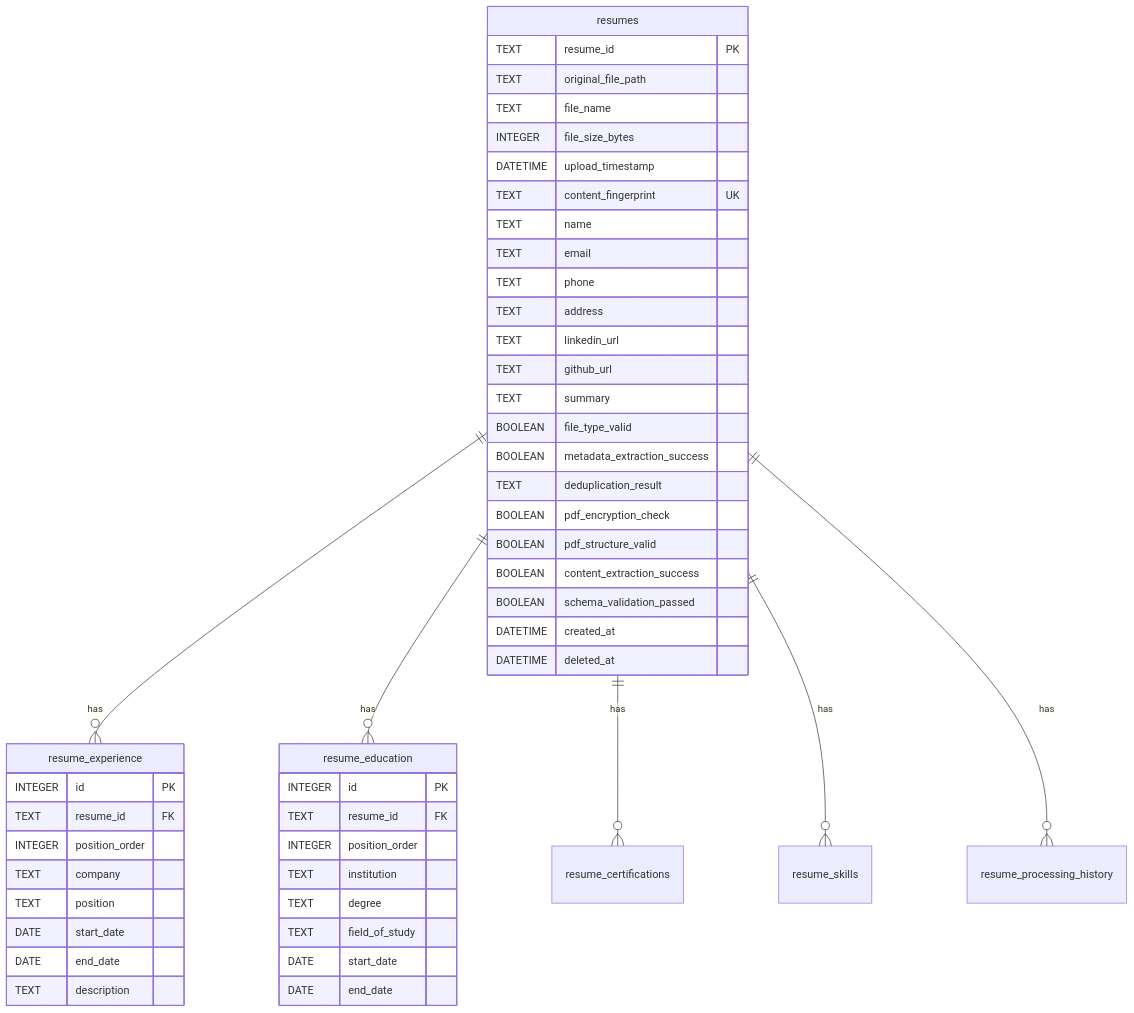
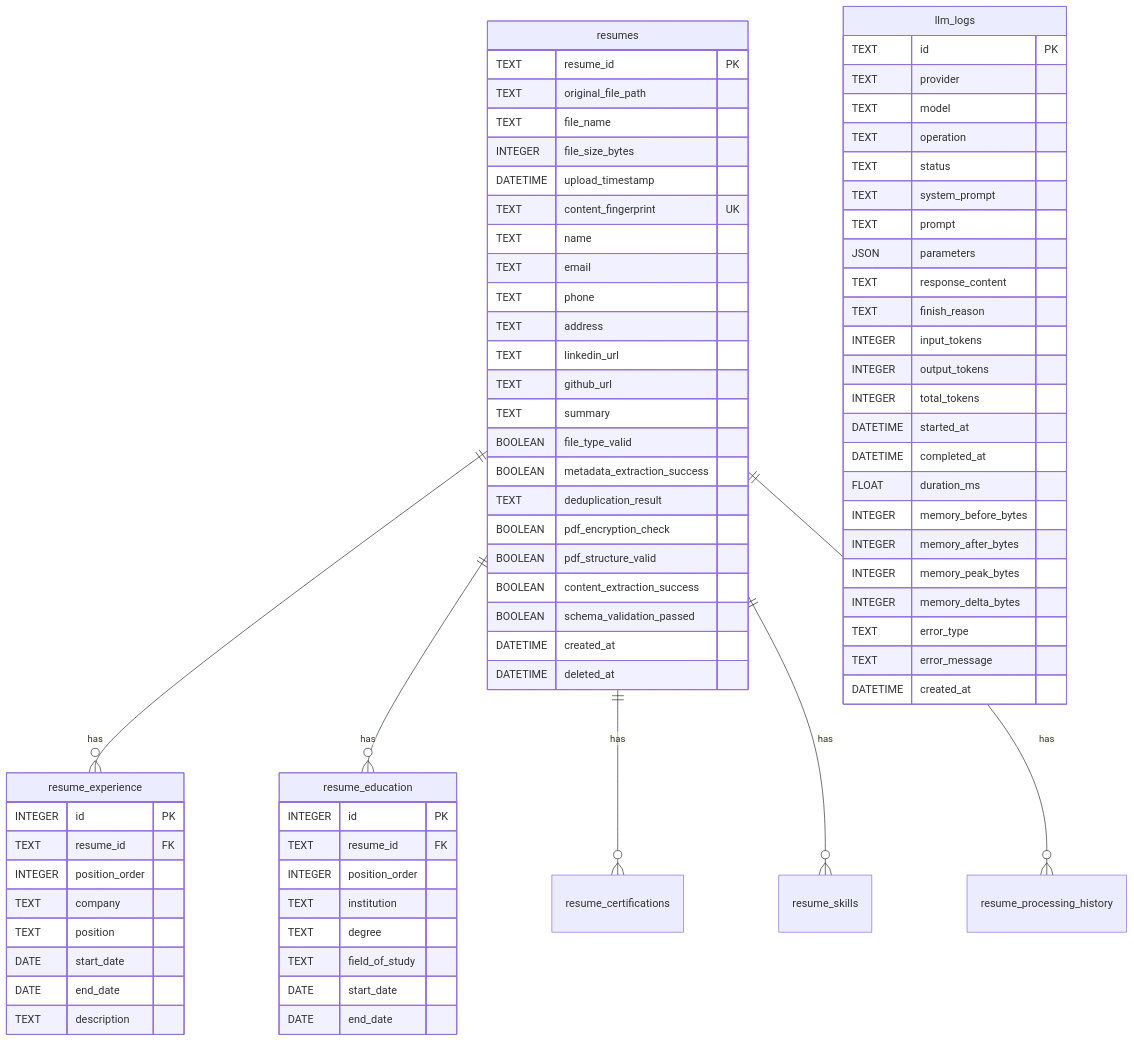
The diagram in app/database/docs/sqlite/overview.md (DelgadoArlee/cv-brewer), drawn with Mermaid before and after one commit. The commit also changed other lines of this file and 224 other files, not shown here.

Commit message:
feat: add llm logs to monitor token usage, performance, and errors

`````diff
--- a/app/database/docs/sqlite/overview.md
+++ b/app/database/docs/sqlite/overview.md
@@ -33,55 +35,81 @@
 ````mermaid
 erDiagram
     resumes ||--o{ resume_experience : has
     resumes ||--o{ resume_education : has
     resumes ||--o{ resume_certifications : has
     resumes ||--o{ resume_skills : has
     resumes ||--o{ resume_processing_history : has
 
     resumes {
         TEXT resume_id PK
         TEXT original_file_path
         TEXT file_name
         INTEGER file_size_bytes
         DATETIME upload_timestamp
         TEXT content_fingerprint UK
         TEXT name
         TEXT email
         TEXT phone
         TEXT address
         TEXT linkedin_url
         TEXT github_url
         TEXT summary
         BOOLEAN file_type_valid
         BOOLEAN metadata_extraction_success
         TEXT deduplication_result
         BOOLEAN pdf_encryption_check
         BOOLEAN pdf_structure_valid
         BOOLEAN content_extraction_success
         BOOLEAN schema_validation_passed
         DATETIME created_at
         DATETIME deleted_at
     }
 
     resume_experience {
         INTEGER id PK
         TEXT resume_id FK
         INTEGER position_order
         TEXT company
         TEXT position
         DATE start_date
         DATE end_date
         TEXT description
     }
 
     resume_education {
         INTEGER id PK
         TEXT resume_id FK
         INTEGER position_order
         TEXT institution
         TEXT degree
         TEXT field_of_study
         DATE start_date
         DATE end_date
     }
+
+    llm_logs {
+        TEXT id PK
+        TEXT provider
+        TEXT model
+        TEXT operation
+        TEXT status
+        TEXT system_prompt
+        TEXT prompt
+        JSON parameters
+        TEXT response_content
+        TEXT finish_reason
+        INTEGER input_tokens
+        INTEGER output_tokens
+        INTEGER total_tokens
+        DATETIME started_at
+        DATETIME completed_at
+        FLOAT duration_ms
+        INTEGER memory_before_bytes
+        INTEGER memory_after_bytes
+        INTEGER memory_peak_bytes
+        INTEGER memory_delta_bytes
+        TEXT error_type
+        TEXT error_message
+        DATETIME created_at
+    }
 ````
`````
